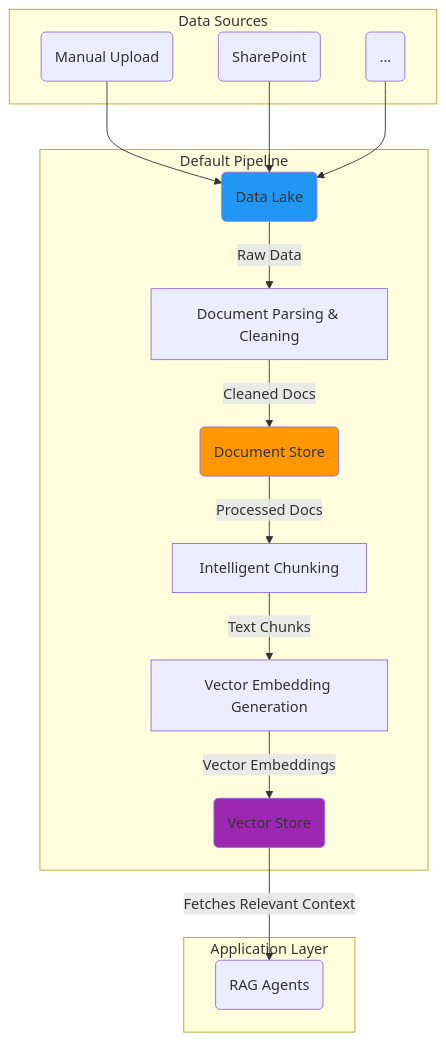
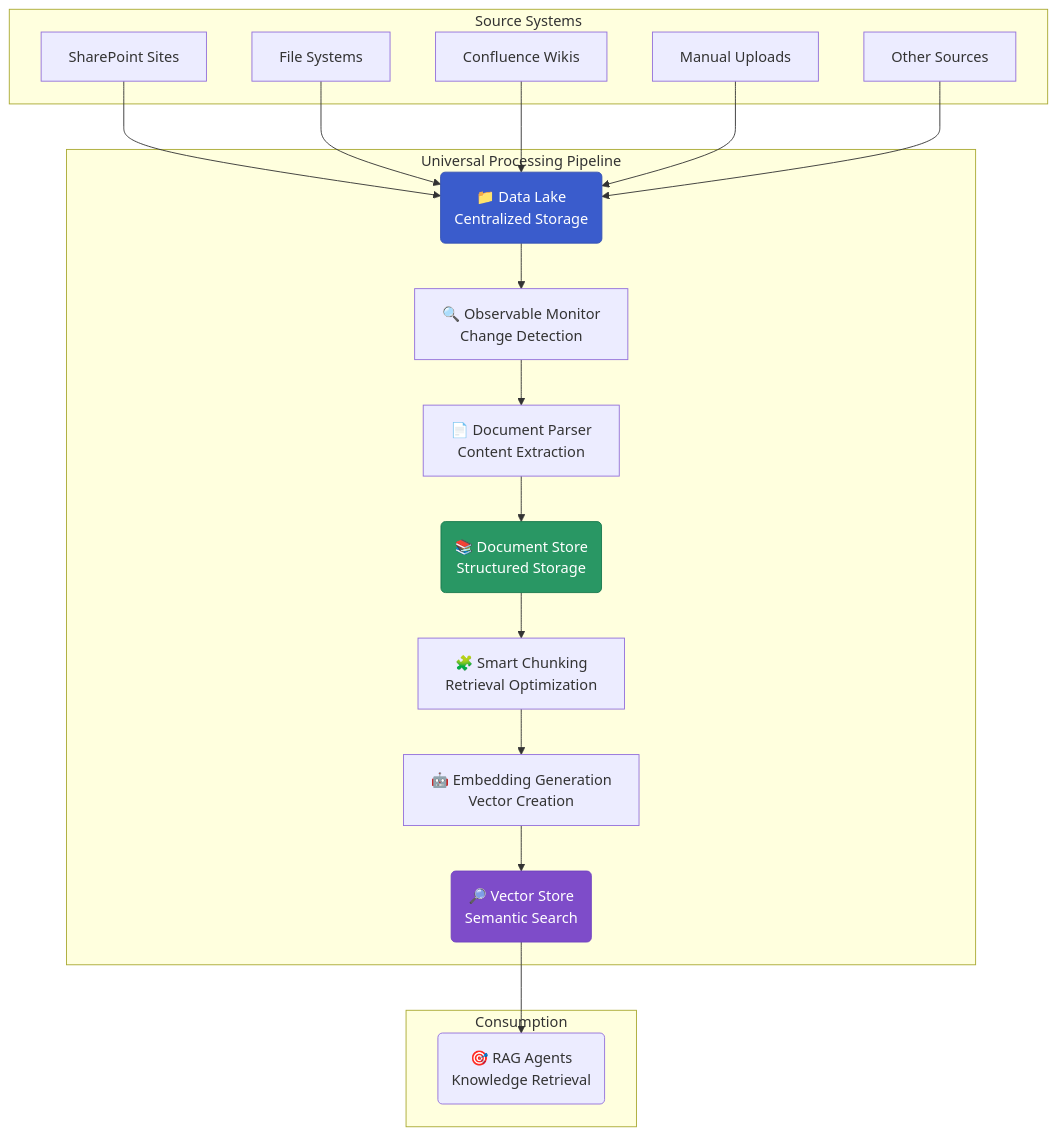
Before and after one commit to bbvch-ai/aihub-core: the diagram in aihub_doc/docs/3_sdk/3_building_pipelines/index.md, drawn with Mermaid. The commit also changed other lines of this file and 8 other files, not shown here.

````diff
--- a/aihub_doc/docs/3_sdk/3_building_pipelines/index.md
+++ b/aihub_doc/docs/3_sdk/3_building_pipelines/index.md
@@ -22,37 +118,42 @@
 ```mermaid
 graph TD
-    subgraph "Data Sources"
-        A(Manual Upload)
-        B(SharePoint)
-        X(...)
+    subgraph "Source Systems"
+        A[SharePoint Sites]
+        B[File Systems] 
+        C[Confluence Wikis]
+        D[Manual Uploads]
+        E[Other Sources]
     end
-
-    subgraph "Default Pipeline"
-        D(Data Lake)
-        E[Document Parsing & Cleaning]
-        F(Document Store)
-        G[Intelligent Chunking]
-        H[Vector Embedding Generation]
-        I(Vector Store)
+    
+    subgraph "Universal Processing Pipeline"
+        F(📁 Data Lake<br/>Centralized Storage)
+        G[🔍 Observable Monitor<br/>Change Detection]
+        H[📄 Document Parser<br/>Content Extraction]  
+        I(📚 Document Store<br/>Structured Storage)
+        J[🧩 Smart Chunking<br/>Retrieval Optimization]
+        K[🤖 Embedding Generation<br/>Vector Creation]
+        L(🔎 Vector Store<br/>Semantic Search)
     end
-
-    subgraph "Application Layer"
-        J(RAG Agents)
+    
+    subgraph "Consumption" 
+        M(🎯 RAG Agents<br/>Knowledge Retrieval)
     end
-
-    A --> D
-    B --> D
-    X --> D
     
-    D -- Raw Data --> E
-    E -- Cleaned Docs --> F
-    F -- Processed Docs --> G
-    G -- Text Chunks --> H
-    H -- Vector Embeddings --> I
+    A --> F
+    B --> F  
+    C --> F
+    D --> F
+    E --> F
     
-    I -- Fetches Relevant Context --> J
-
-    style D fill:#2196f3
-    style F fill:#ff9800
-    style I fill:#9c27b0
+    F --> G
+    G --> H
+    H --> I
+    I --> J
+    J --> K  
+    K --> L
+    L --> M
+    
+    style F fill:#3a5ccc,stroke:#3451b2,color:#ffffff
+    style I fill:#299764,stroke:#18794e,color:#ffffff  
+    style L fill:#7e4cc9,stroke:#6f42c1,color:#ffffff
 ```
````
